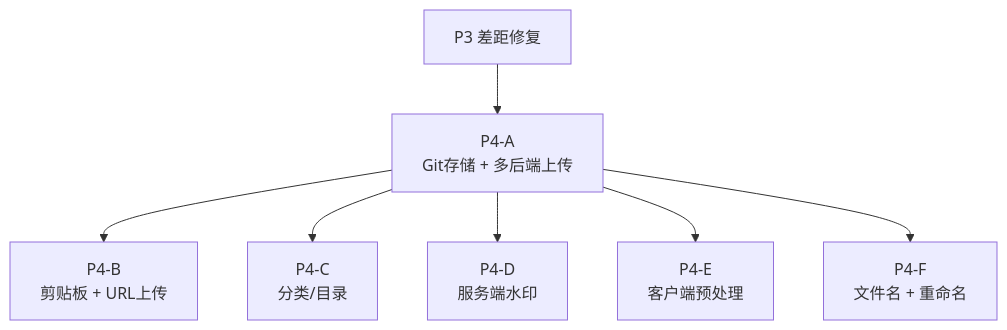
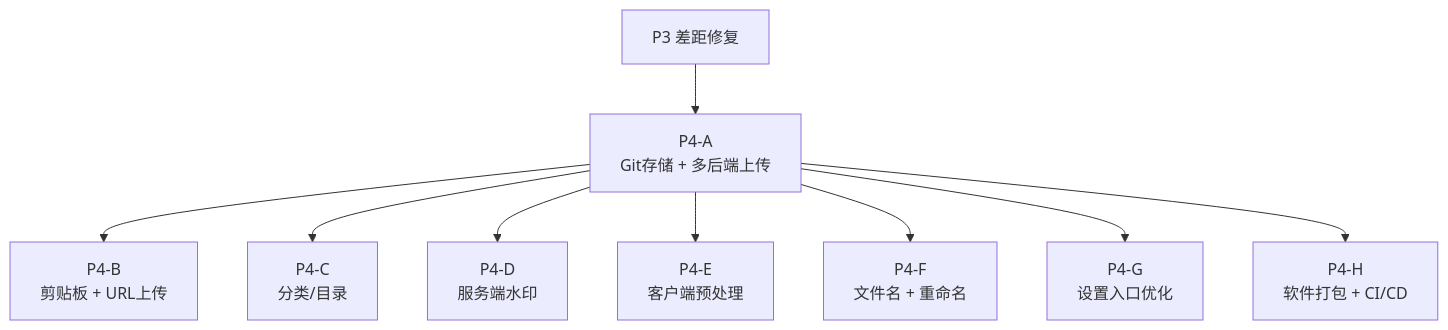
One commit to JeillZhang/pichost changed diagram 11 of 12 in docs/superpowers/specs/2026-07-19-pichost-p4-design.md. Above: the diagram before and after it, drawn with Mermaid. The commit also changed other lines of this file, not shown here.

````diff
--- a/docs/superpowers/specs/2026-07-19-pichost-p4-design.md
+++ b/docs/superpowers/specs/2026-07-19-pichost-p4-design.md
@@ -1120,17 +1527,21 @@
 ```mermaid
 graph TD
     P3["P3 差距修复"]
     P4A["P4-A<br/>Git存储 + 多后端上传"]
     P4B["P4-B<br/>剪贴板 + URL上传"]
     P4C["P4-C<br/>分类/目录"]
     P4D["P4-D<br/>服务端水印"]
     P4E["P4-E<br/>客户端预处理"]
     P4F["P4-F<br/>文件名 + 重命名"]
+    P4G["P4-G<br/>设置入口优化"]
+    P4H["P4-H<br/>软件打包 + CI/CD"]
 
     P3 --> P4A
     P4A --> P4B
     P4A --> P4C
     P4A --> P4D
     P4A --> P4E
     P4A --> P4F
+    P4A --> P4G
+    P4A --> P4H
 ```
````
